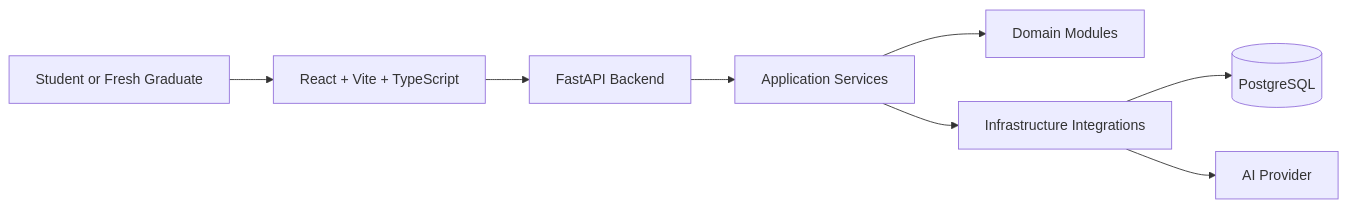
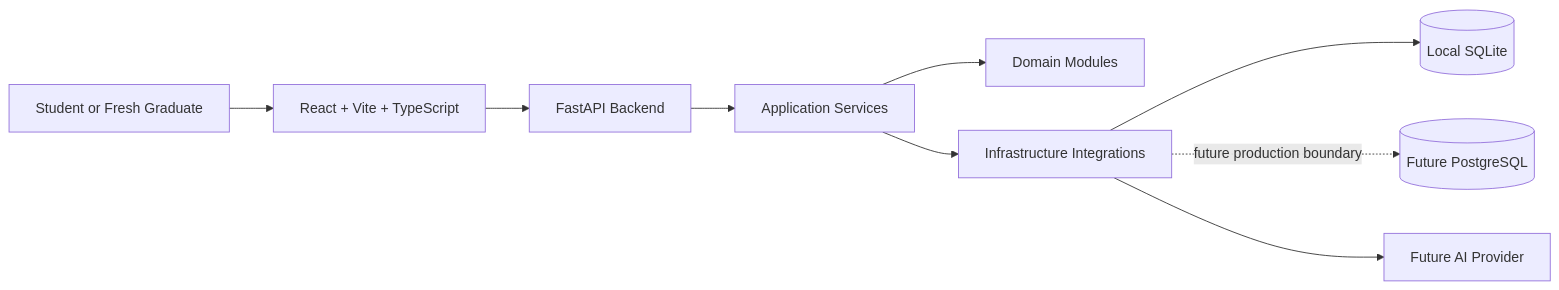
Before and after one commit to Justindwinata/CareerBoostAI: the first of 2 diagrams in docs/SYSTEM_ARCHITECTURE.md, drawn with Mermaid. The commit also changed other lines of this file and 7 other files, not shown here.

````diff
--- a/docs/SYSTEM_ARCHITECTURE.md
+++ b/docs/SYSTEM_ARCHITECTURE.md
@@ -11,19 +11,21 @@
 ```mermaid
 flowchart LR
   User[Student or Fresh Graduate]
   Frontend[React + Vite + TypeScript]
   Backend[FastAPI Backend]
   App[Application Services]
   Domain[Domain Modules]
   Infra[Infrastructure Integrations]
-  DB[(PostgreSQL)]
-  AI[AI Provider]
+  DB[(Local SQLite)]
+  FutureDB[(Future PostgreSQL)]
+  AI[Future AI Provider]
 
   User --> Frontend
   Frontend --> Backend
   Backend --> App
   App --> Domain
   App --> Infra
   Infra --> DB
+  Infra -. future production boundary .-> FutureDB
   Infra --> AI
 ```
````
